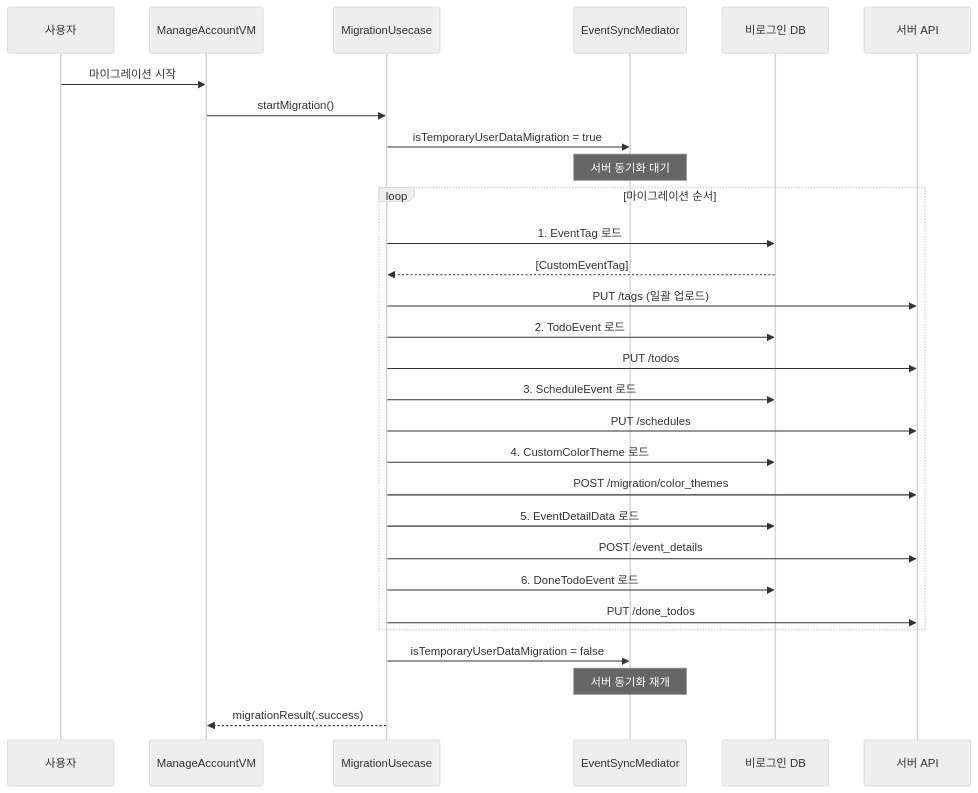
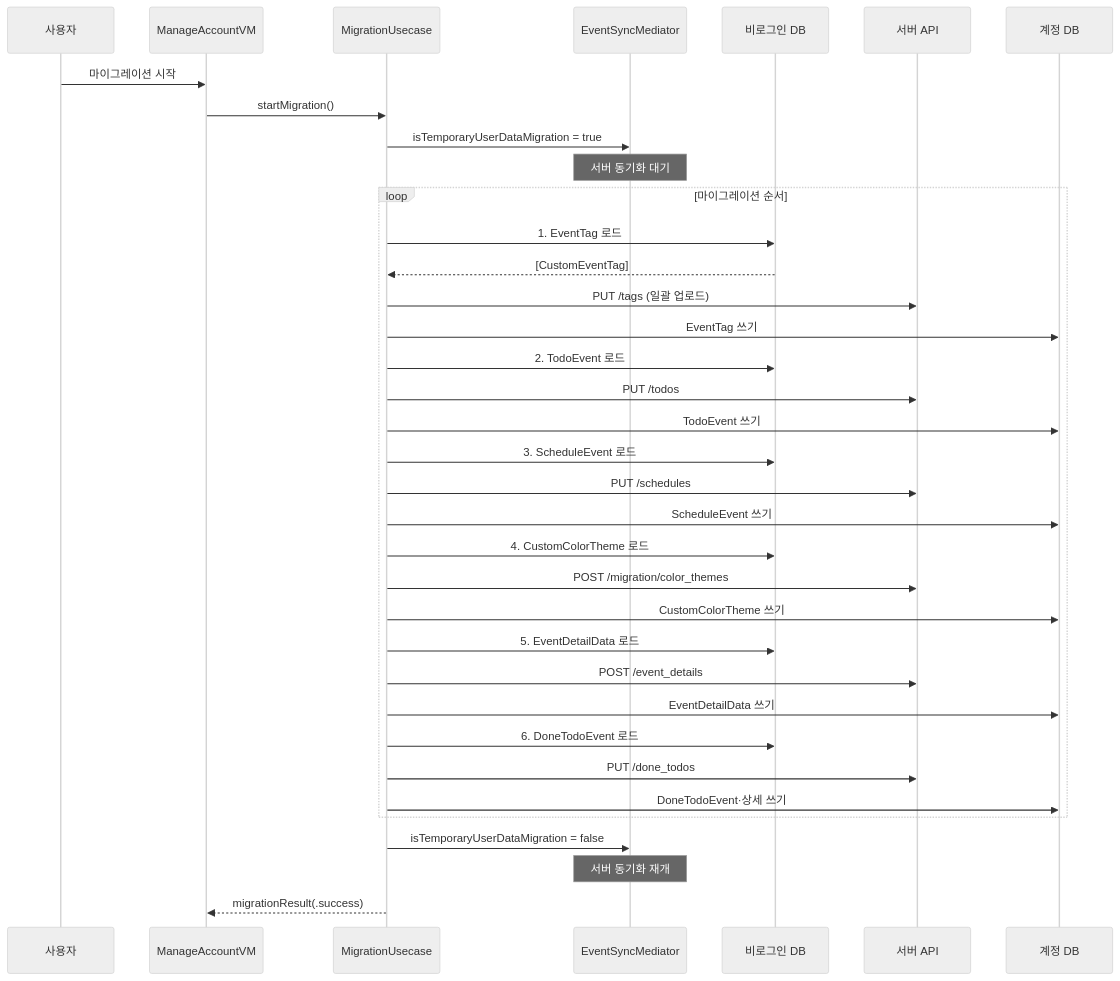
One commit to sudopark/TodoCalendar changed the second of 2 diagrams in docs/spec/account-auth.md. Above: the diagram before and after it, drawn with Mermaid (neutral theme). The commit also changed other lines of this file and 2 other files, not shown here.

Commit message:
[#1242] 임시 데이터 이전이 올린 데이터가 계정 로컬에 바로 들어간다고 스펙에 적는다
- account-auth.md — 이전 절에 계정 로컬 반영과 쓰기 실패 뒤 복구 경로를 넣고, 순서도 루프에 계정 DB 쓰기를 넣는다
- color-themes.md — 테마 업로드 성공 뒤 계정 캐시에도 들어간다고 적는다
- sync.md — 이전분을 받으려고 동기화를 다시 돌릴 필요가 없다고 적는다

````diff
--- a/docs/spec/account-auth.md
+++ b/docs/spec/account-auth.md
@@ -173,39 +175,46 @@
 ```mermaid
 sequenceDiagram
     participant User as 사용자
     participant VM as ManageAccountVM
     participant Mig as MigrationUsecase
     participant Med as EventSyncMediator
     participant Local as 비로그인 DB
     participant Remote as 서버 API
+    participant Account as 계정 DB
 
     User->>VM: 마이그레이션 시작
     VM->>Mig: startMigration()
     Mig->>Med: isTemporaryUserDataMigration = true
     Note over Med: 서버 동기화 대기
 
     loop 마이그레이션 순서
         Mig->>Local: 1. EventTag 로드
         Local-->>Mig: [CustomEventTag]
         Mig->>Remote: PUT /tags (일괄 업로드)
+        Mig->>Account: EventTag 쓰기
 
         Mig->>Local: 2. TodoEvent 로드
         Mig->>Remote: PUT /todos
+        Mig->>Account: TodoEvent 쓰기
 
         Mig->>Local: 3. ScheduleEvent 로드
         Mig->>Remote: PUT /schedules
+        Mig->>Account: ScheduleEvent 쓰기
 
         Mig->>Local: 4. CustomColorTheme 로드
         Mig->>Remote: POST /migration/color_themes
+        Mig->>Account: CustomColorTheme 쓰기
 
         Mig->>Local: 5. EventDetailData 로드
         Mig->>Remote: POST /event_details
+        Mig->>Account: EventDetailData 쓰기
 
         Mig->>Local: 6. DoneTodoEvent 로드
         Mig->>Remote: PUT /done_todos
+        Mig->>Account: DoneTodoEvent·상세 쓰기
     end
 
     Mig->>Med: isTemporaryUserDataMigration = false
     Note over Med: 서버 동기화 재개
     Mig-->>VM: migrationResult(.success)
 ```
````
